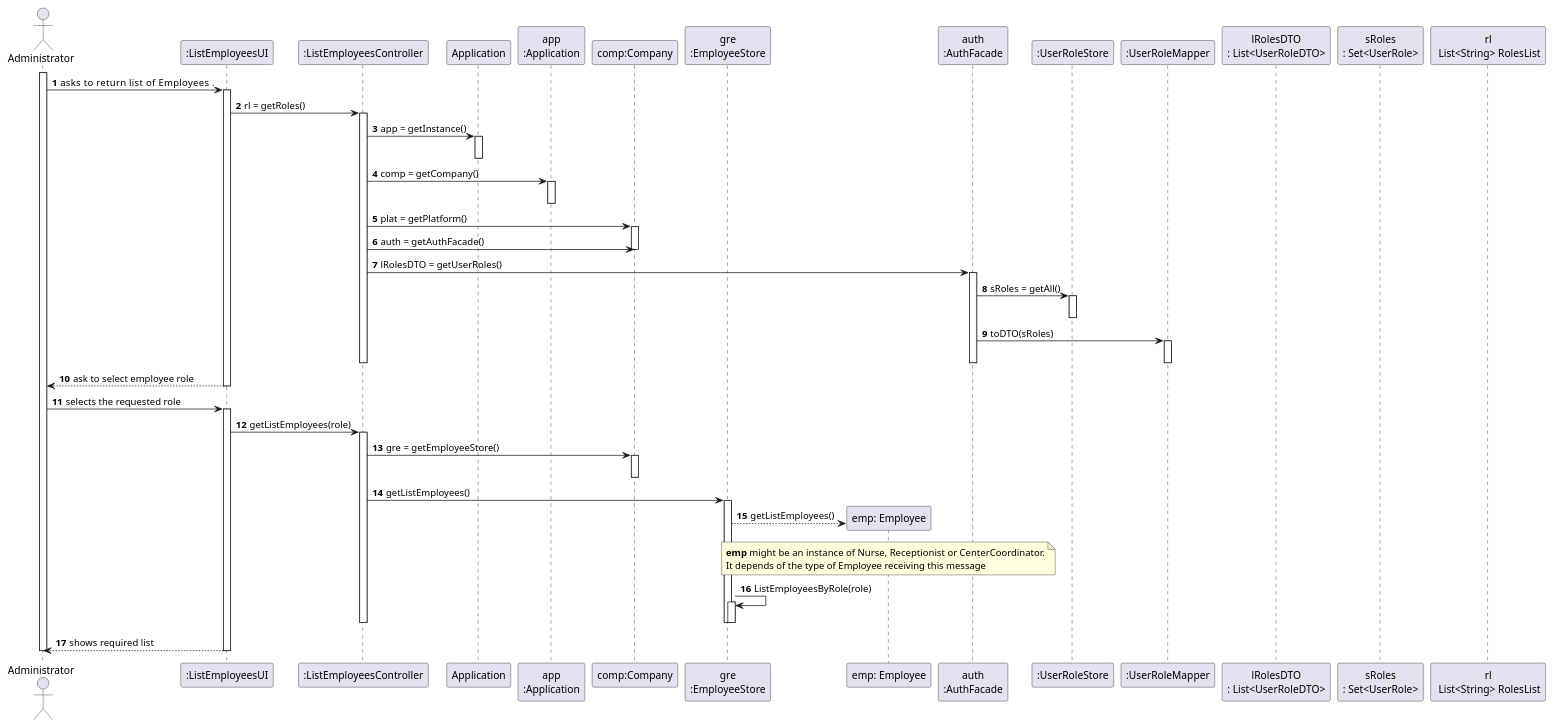
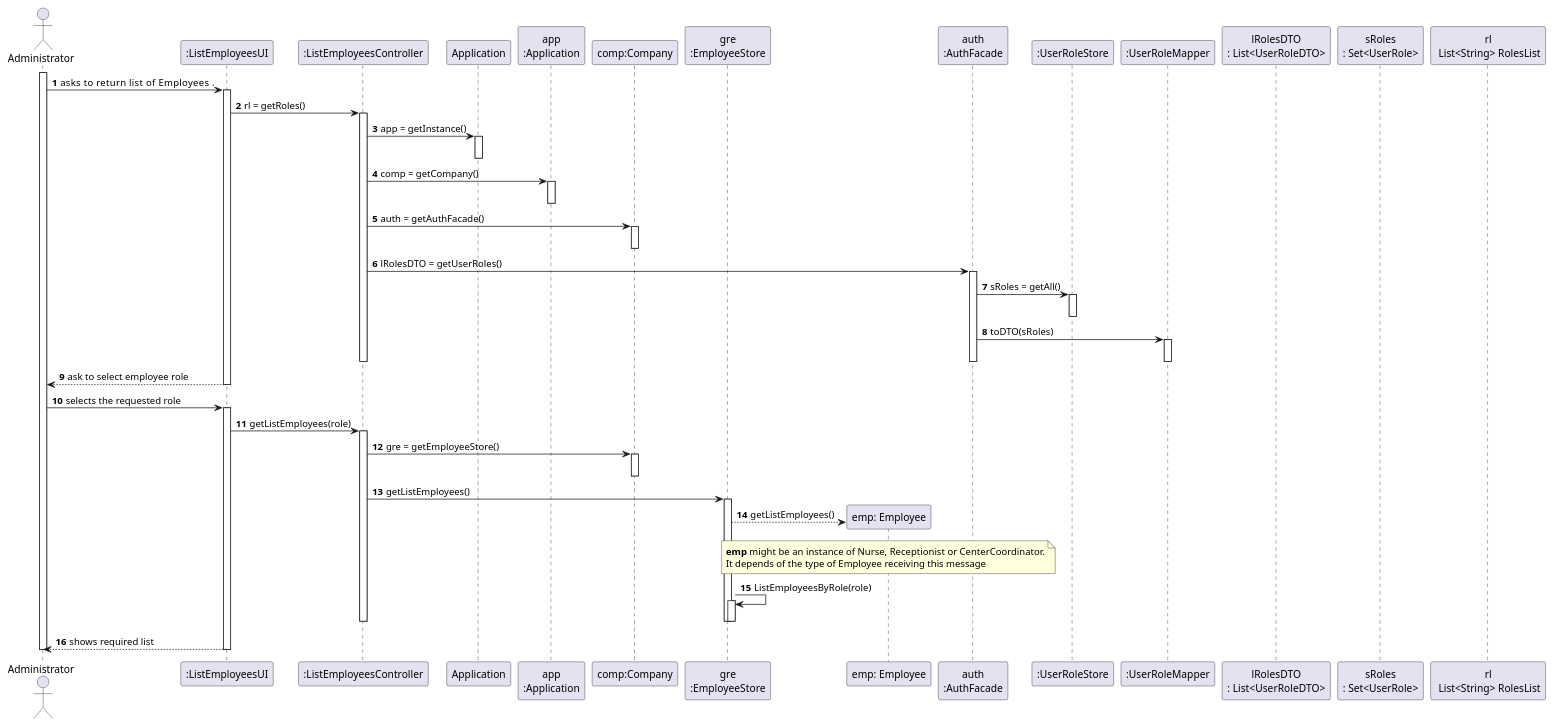
One commit to diogonapoles/isep-lapr2 changed the diagram in docs/SprintB/UserStories/US11/US11_SD.puml. Above: the diagram before and after it, drawn with PlantUML.

Commit message:
Deleted Platform [US-11][Design]

```diff
--- a/docs/SprintB/UserStories/US11/US11_SD.puml
+++ b/docs/SprintB/UserStories/US11/US11_SD.puml
@@ -1,103 +1,102 @@
 @startuml
 autonumber
 actor "Administrator" as ADM
 
 
 participant ":ListEmployeesUI" as UI
 participant ":ListEmployeesController" as CTRL
 participant ":ListEmployeesUI" as UI
 participant ":ListEmployeesController" as CTRL
 participant "Application" as APP
 participant "app\n:Application" as App
 participant "comp:Company" as COMP
 participant "gre\n:EmployeeStore" as ES
 participant "emp: Employee" as EMP
 participant "auth\n:AuthFacade" as AF
 participant ":UserRoleStore" as URS
 participant ":UserRoleMapper" as URM
 participant "lRolesDTO\n: List<UserRoleDTO>" as lRDTO
 participant "sRoles\n: Set<UserRole>" as SR
 participant "rl\n List<String> RolesList" as rl
 
 
 activate ADM
 
 ADM -> UI : asks to return list of Employees     .
 activate UI
 
 UI -> CTRL : rl = getRoles()
 activate CTRL
 
 CTRL -> APP : app = getInstance()
 activate APP
 deactivate APP
 
 CTRL -> App : comp = getCompany()
 activate App
 deactivate App
 
-CTRL -> COMP : plat = getPlatform()
-activate COMP
 
 CTRL -> COMP: auth = getAuthFacade()
+activate COMP
 deactivate COMP
 
 CTRL -> AF : lRolesDTO = getUserRoles()
 activate AF
 
 AF -> URS : sRoles = getAll()
 activate URS
 deactivate URS
 
 AF -> URM :  toDTO(sRoles)
 activate URM
 
 deactivate URM
 deactivate AF
 deactivate CTRL
 
 UI --> ADM : ask to select employee role
 deactivate UI
 
 
 
 ADM -> UI : selects the requested role
 activate UI
 
 
 
 UI -> CTRL : getListEmployees(role)
 activate CTRL
 
 CTRL -> COMP : gre = getEmployeeStore()
 activate COMP
 deactivate COMP
 
 CTRL -> ES : getListEmployees()
 activate ES
 
 
 ES --> EMP** : getListEmployees()
 note over EMP : **emp** might be an instance of Nurse, Receptionist or CenterCoordinator.\nIt depends of the type of Employee receiving this message
 
 
 ES -> ES : ListEmployeesByRole(role)
 activate ES
 deactivate ES
 deactivate ES
 
 
 
 
 
 deactivate CTRL
 deactivate ES
 
 UI --> ADM : shows required list
 deactivate UI
 
 
 
 deactivate ADM
 
 @enduml
```
